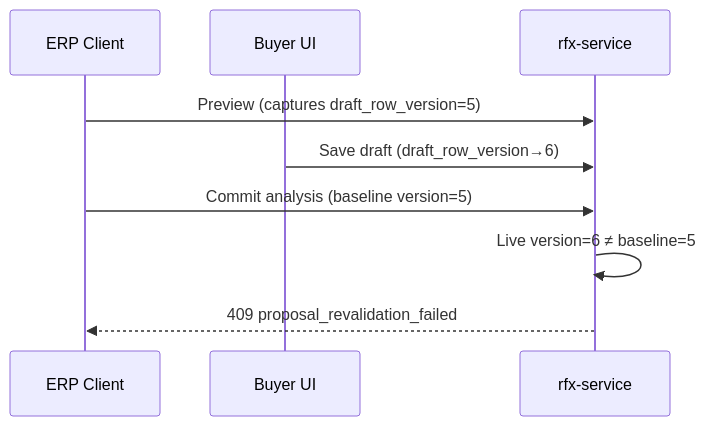
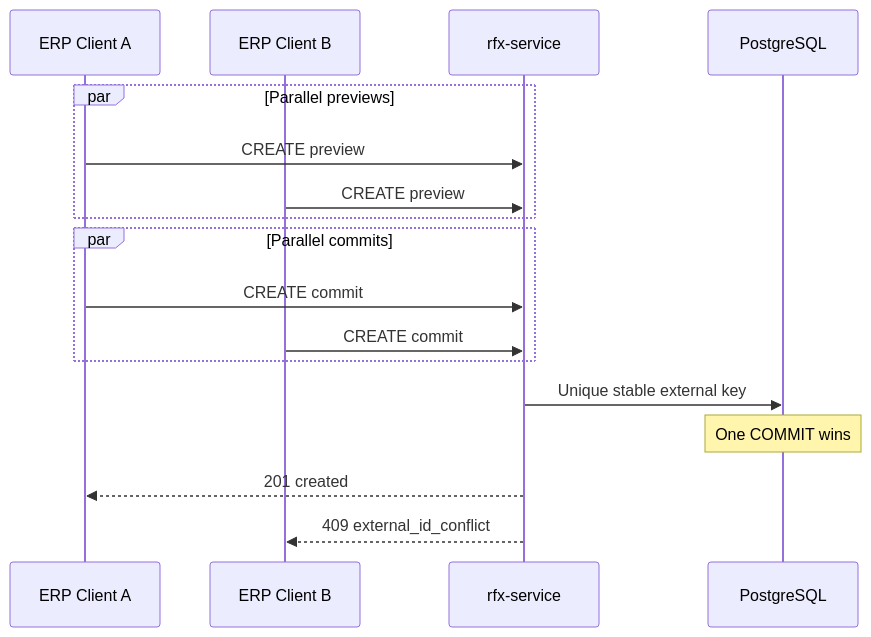
One commit to f9999737292-bit/Freihgt-platform changed the sixth of 10 diagrams in docs/rfx-v3/implementation/RFX_V3_0E7_ERP_API_DIAGRAMS.md. Above: the diagram before and after it, drawn with Mermaid. The commit also changed other lines of this file and 7 other files, not shown here.

Commit message:
docs(rfx): remediate ERP API architecture review findings

````diff
--- a/docs/rfx-v3/implementation/RFX_V3_0E7_ERP_API_DIAGRAMS.md
+++ b/docs/rfx-v3/implementation/RFX_V3_0E7_ERP_API_DIAGRAMS.md
@@ -136,12 +126,22 @@
 ```mermaid
 sequenceDiagram
-    participant ERP as ERP Client
-    participant UI as Buyer UI
+    participant ERP1 as ERP Client A
+    participant ERP2 as ERP Client B
     participant RFx as rfx-service
+    participant DB as PostgreSQL
 
-    ERP->>RFx: Preview (captures draft_row_version=5)
-    UI->>RFx: Save draft (draft_row_version→6)
-    ERP->>RFx: Commit analysis (baseline version=5)
-    RFx->>RFx: Live version=6 ≠ baseline=5
-    RFx-->>ERP: 409 proposal_revalidation_failed
+    par Parallel previews
+        ERP1->>RFx: CREATE preview
+        ERP2->>RFx: CREATE preview
+    end
+
+    par Parallel commits
+        ERP1->>RFx: CREATE commit
+        ERP2->>RFx: CREATE commit
+    end
+
+    RFx->>DB: Unique stable external key
+    Note over DB: One COMMIT wins
+    RFx-->>ERP1: 201 created
+    RFx-->>ERP2: 409 external_id_conflict
 ```
````
